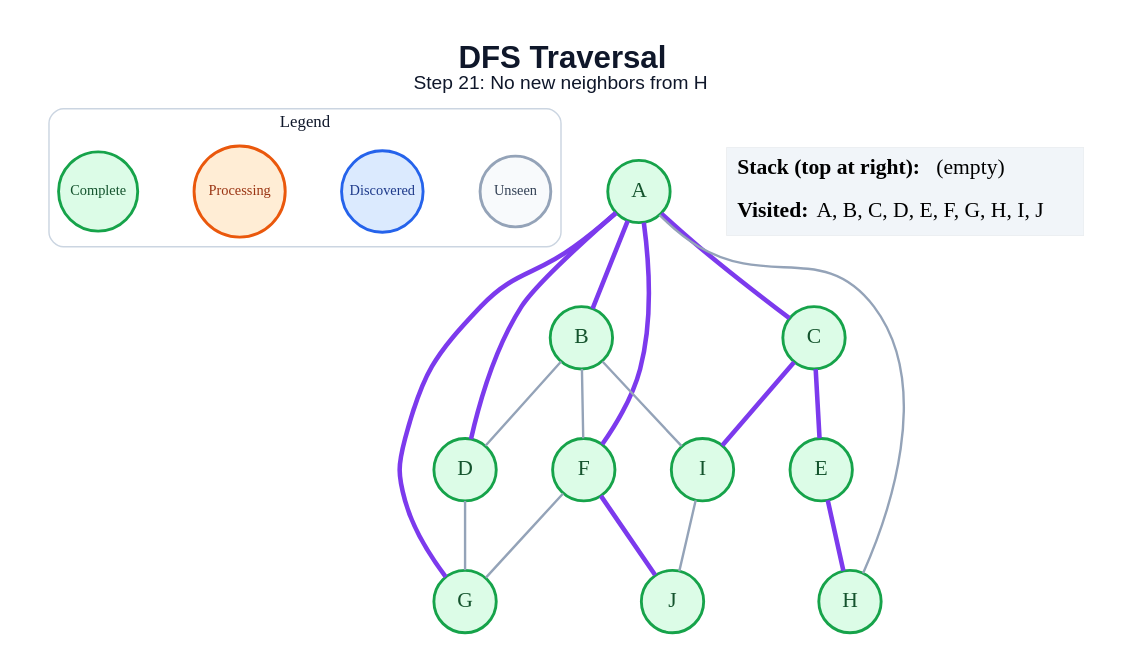
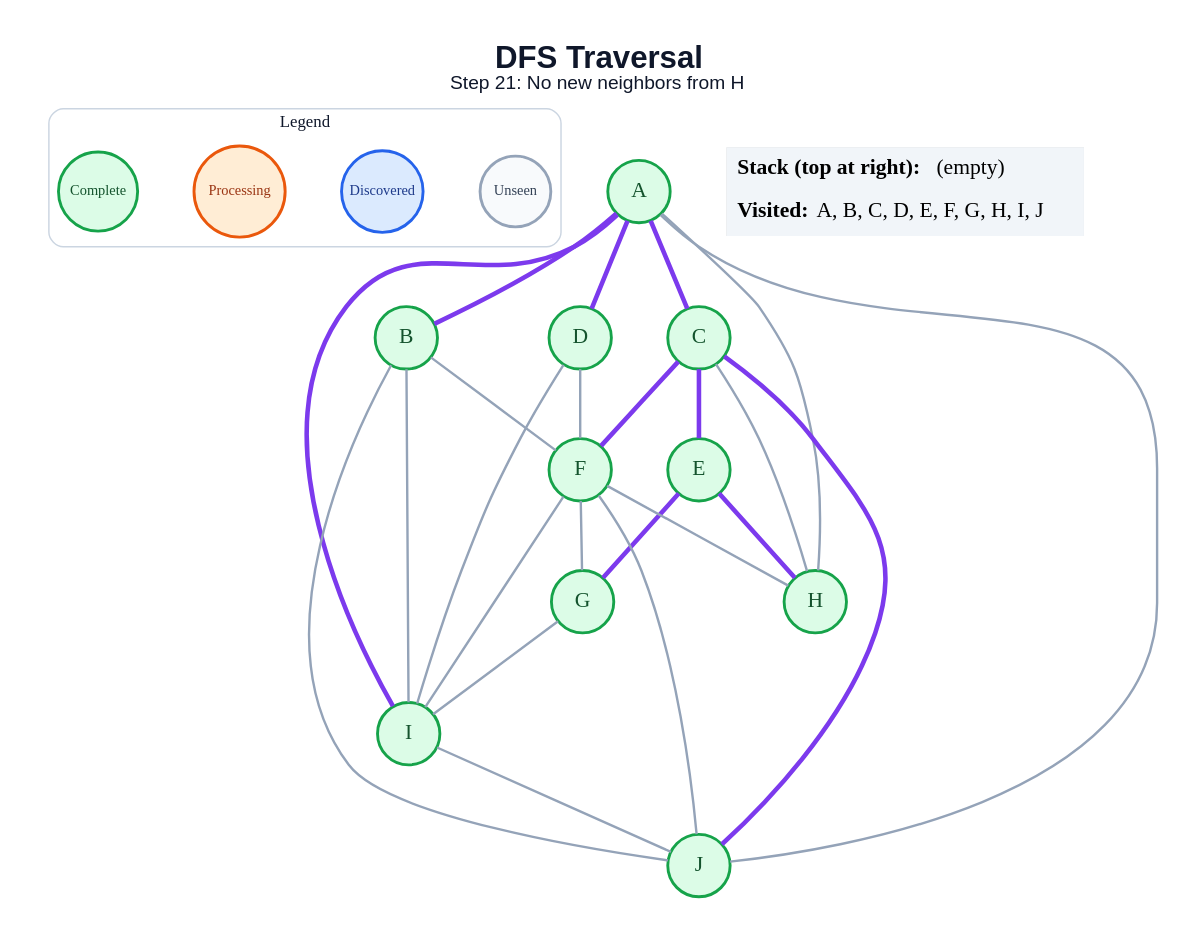
Before and after one commit to amanghodawala9/ai-slop: the diagram in generated/specific-node/dfs/step_21.dot, drawn with Graphviz. The commit also changed 178 other files, not shown here.

```diff
--- a/generated/specific-node/dfs/step_21.dot
+++ b/generated/specific-node/dfs/step_21.dot
@@ -1,45 +1,52 @@
 graph traversal {
   graph [layout=dot, rankdir=TB, bgcolor="#FFFFFF", pad="0.35", nodesep="0.65", ranksep="0.8", fontname="Arial"];
   node [shape=circle, style="filled", fontname="Arial Bold", fontsize=18, width=0.72, fixedsize=true, penwidth=2.4];
   edge [color="#94A3B8", penwidth=2.0];
   label=<<B>DFS Traversal</B><BR/><FONT POINT-SIZE="16">Step 21: No new neighbors from H</FONT>>; labelloc="t"; fontsize=26; fontname="Arial"; fontcolor="#0F172A";
   subgraph cluster_legend { label="Legend"; color="#CBD5E1"; penwidth=1.2; style="rounded"; fontsize=14; fontname="Arial Bold";
     key_unseen [label="Unseen", fillcolor="#F8FAFC", color="#94A3B8", fontcolor="#334155", fontsize=12, width=0.82];
     key_frontier [label="Discovered", fillcolor="#DBEAFE", color="#2563EB", fontcolor="#1E3A8A", fontsize=12, width=0.95];
     key_current [label="Processing", fillcolor="#FFEDD5", color="#EA580C", fontcolor="#9A3412", fontsize=12, width=1.05];
     key_done [label="Complete", fillcolor="#DCFCE7", color="#16A34A", fontcolor="#14532D", fontsize=12, width=0.92];
     { rank=same; key_unseen; key_frontier; key_current; key_done; }
   }
   A [fillcolor="#DCFCE7", color="#16A34A", fontcolor="#14532D"];
   B [fillcolor="#DCFCE7", color="#16A34A", fontcolor="#14532D"];
   C [fillcolor="#DCFCE7", color="#16A34A", fontcolor="#14532D"];
   D [fillcolor="#DCFCE7", color="#16A34A", fontcolor="#14532D"];
   E [fillcolor="#DCFCE7", color="#16A34A", fontcolor="#14532D"];
   F [fillcolor="#DCFCE7", color="#16A34A", fontcolor="#14532D"];
   G [fillcolor="#DCFCE7", color="#16A34A", fontcolor="#14532D"];
   H [fillcolor="#DCFCE7", color="#16A34A", fontcolor="#14532D"];
   I [fillcolor="#DCFCE7", color="#16A34A", fontcolor="#14532D"];
   J [fillcolor="#DCFCE7", color="#16A34A", fontcolor="#14532D"];
   A -- B [color="#7C3AED", penwidth=3.8];
   A -- C [color="#7C3AED", penwidth=3.8];
   A -- D [color="#7C3AED", penwidth=3.8];
-  A -- F [color="#7C3AED", penwidth=3.8];
-  A -- G [color="#7C3AED", penwidth=3.8];
   A -- H;
-  B -- D;
+  A -- I [color="#7C3AED", penwidth=3.8];
+  A -- J;
   B -- F;
   B -- I;
+  B -- J;
   C -- E [color="#7C3AED", penwidth=3.8];
-  C -- I [color="#7C3AED", penwidth=3.8];
-  D -- G;
+  C -- F [color="#7C3AED", penwidth=3.8];
+  C -- H;
+  C -- J [color="#7C3AED", penwidth=3.8];
+  D -- F;
+  D -- I;
+  E -- G [color="#7C3AED", penwidth=3.8];
   E -- H [color="#7C3AED", penwidth=3.8];
   F -- G;
-  F -- J [color="#7C3AED", penwidth=3.8];
+  F -- H;
+  F -- I;
+  F -- J;
+  G -- I;
   I -- J;
   status [shape=plain, fixedsize=false, width=0, height=0, margin=0, label=<
     <TABLE BORDER="0" CELLBORDER="0" CELLPADDING="7" BGCOLOR="#F1F5F9">
       <TR><TD ALIGN="LEFT"><B>Stack (top at right):</B> (empty)</TD></TR>
       <TR><TD ALIGN="LEFT"><B>Visited:</B> A, B, C, D, E, F, G, H, I, J</TD></TR>
     </TABLE>
   >];
 }
```
